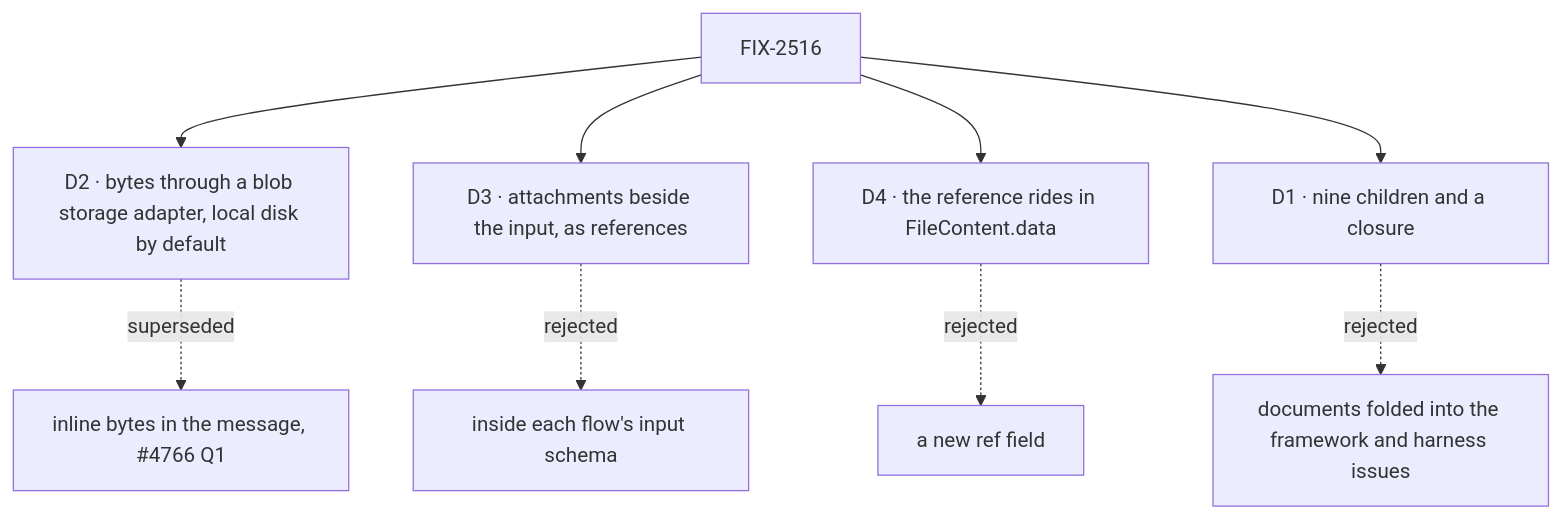
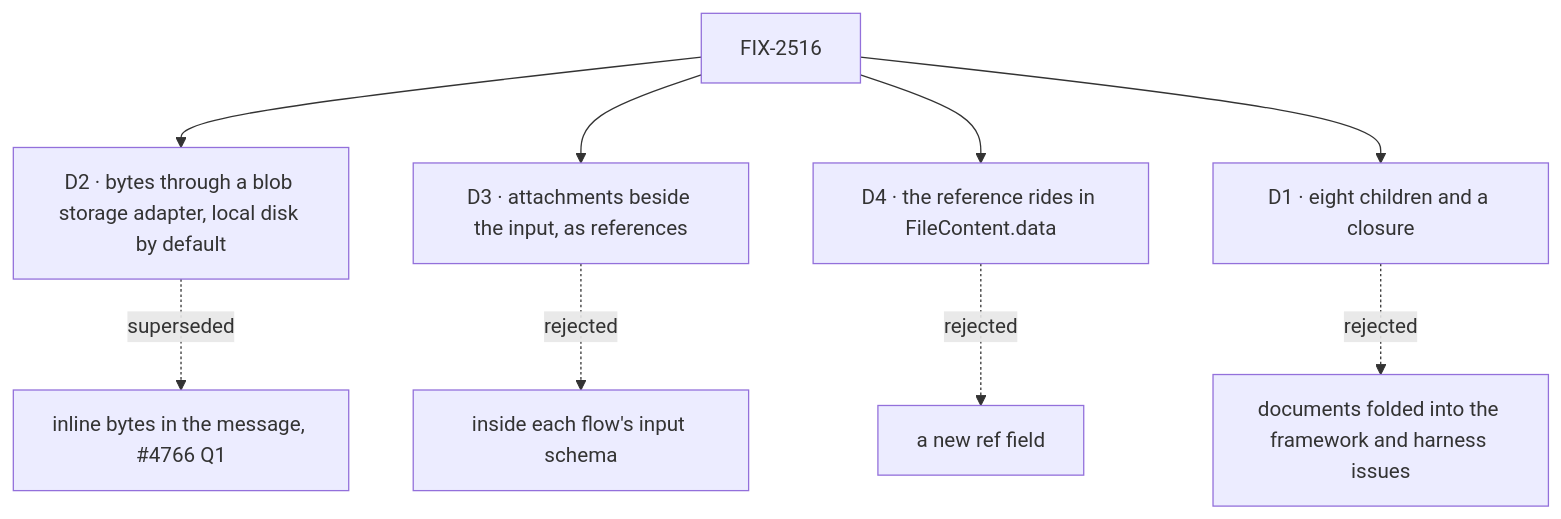
One commit to fixpoint-labs/flow-state-dev changed the diagram in specs/epics/FIX-2516/DECISIONS.md. Above: the diagram before and after it, drawn with Mermaid. The commit also changed other lines of this file and 39 other files, not shown here.

````diff
--- a/specs/epics/FIX-2516/DECISIONS.md
+++ b/specs/epics/FIX-2516/DECISIONS.md
@@ -11,11 +11,11 @@
 ```mermaid
 flowchart TD
   E["FIX-2516"] --> D2["D2 · bytes through a blob storage adapter, local disk by default"]
   D2 -.->|"superseded"| X1["inline bytes in the message, #4766 Q1"]
   E --> D3["D3 · attachments beside the input, as references"]
   D3 -.->|"rejected"| X2["inside each flow's input schema"]
   E --> D4["D4 · the reference rides in FileContent.data"]
   D4 -.->|"rejected"| X3["a new ref field"]
-  E --> D1["D1 · nine children and a closure"]
+  E --> D1["D1 · eight children and a closure"]
   D1 -.->|"rejected"| X4["documents folded into the framework and harness issues"]
 ```
````
